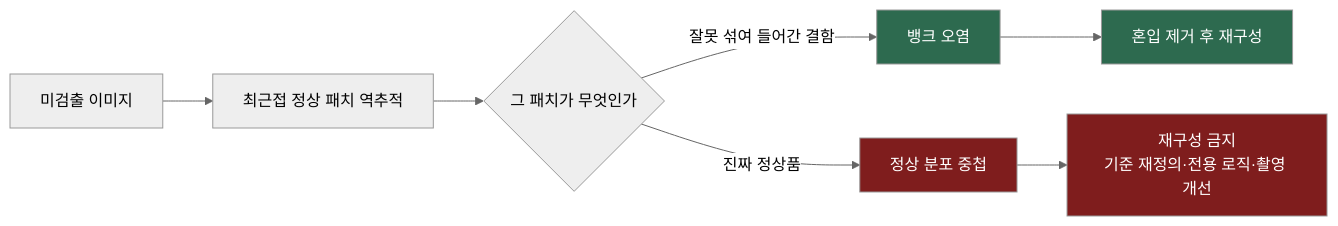
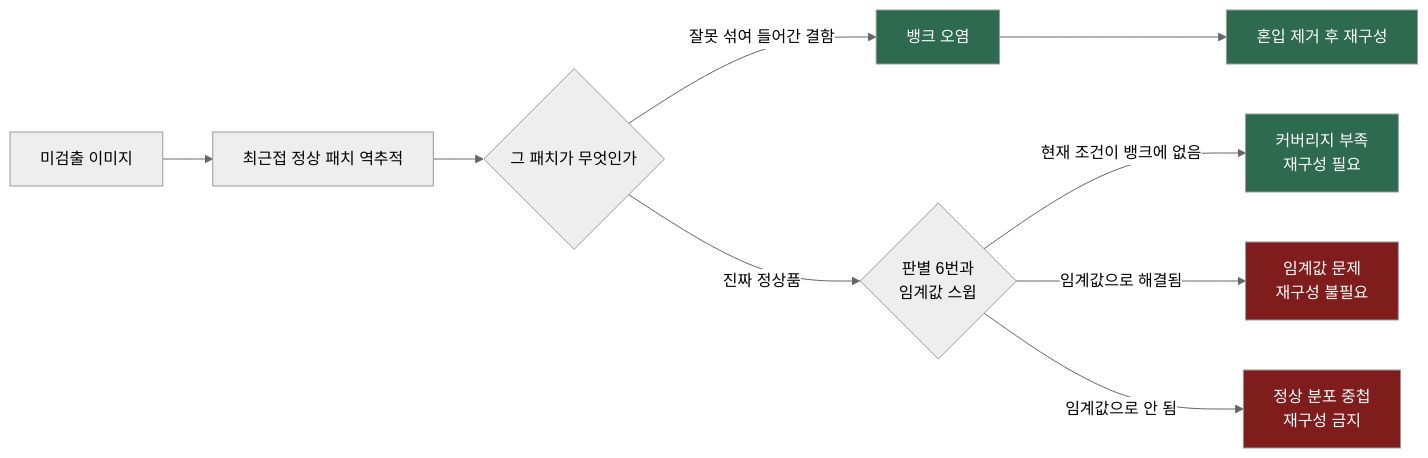
One commit to LEEGILJUN/SK_AI_Hackathon changed the second of 3 diagrams in README.md. Above: the diagram before and after it, drawn with Mermaid (neutral theme). The commit also changed other lines of this file and 1 other file, not shown here.

````diff
--- a/README.md
+++ b/README.md
@@ -90,14 +91,17 @@
 ```mermaid
 flowchart LR
     A[미검출 이미지] --> B[최근접 정상 패치 역추적]
     B --> C{그 패치가 무엇인가}
     C -->|잘못 섞여 들어간 결함| D[뱅크 오염]
-    C -->|진짜 정상품| E[정상 분포 중첩]
+    C -->|진짜 정상품| S{판별 6번과<br/>임계값 스윕}
     D --> F[혼입 제거 후 재구성]
-    E --> G[재구성 금지<br/>기준 재정의·전용 로직·촬영 개선]
+    S -->|현재 조건이 뱅크에 없음| G1[커버리지 부족<br/>재구성 필요]
+    S -->|임계값으로 해결됨| G2[임계값 문제<br/>재구성 불필요]
+    S -->|임계값으로 안 됨| G3[정상 분포 중첩<br/>재구성 금지]
 
     style D fill:#2d6a4f,color:#fff
-    style E fill:#7f1d1d,color:#fff
     style F fill:#2d6a4f,color:#fff
-    style G fill:#7f1d1d,color:#fff
+    style G1 fill:#2d6a4f,color:#fff
+    style G2 fill:#7f1d1d,color:#fff
+    style G3 fill:#7f1d1d,color:#fff
 ```
````
